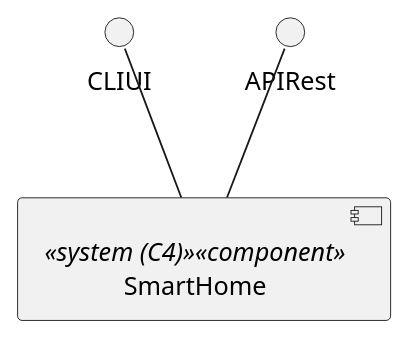
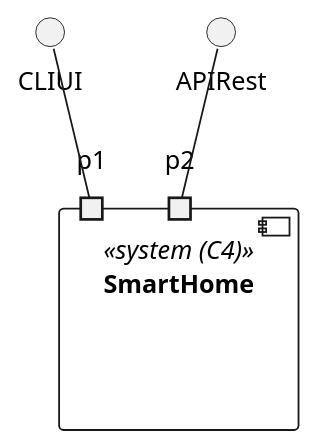
One commit to olivDiogo/SmartHome changed the diagram in docs/ooa/C4_4plus1_models/Level1/LogicalView/LogicalViewLevel1.puml. Above: the diagram before and after it, drawn with PlantUML. The commit also changed 1 other file, not shown here.

```diff
--- a/docs/ooa/C4_4plus1_models/Level1/LogicalView/LogicalViewLevel1.puml
+++ b/docs/ooa/C4_4plus1_models/Level1/LogicalView/LogicalViewLevel1.puml
@@ -1,10 +1,12 @@
 @startuml
 'https://plantuml.com/component-diagram
 
-[SmartHome] as SmartHome <<system (C4)>> <<component>>
+component SmartHome <<system (C4)>> {
+port p1
+port p2
+}
 
-CLIUI -down- SmartHome
-APIRest -down- SmartHome
-
+CLIUI -down- p1
+APIRest -down- p2
 
 @enduml
```
